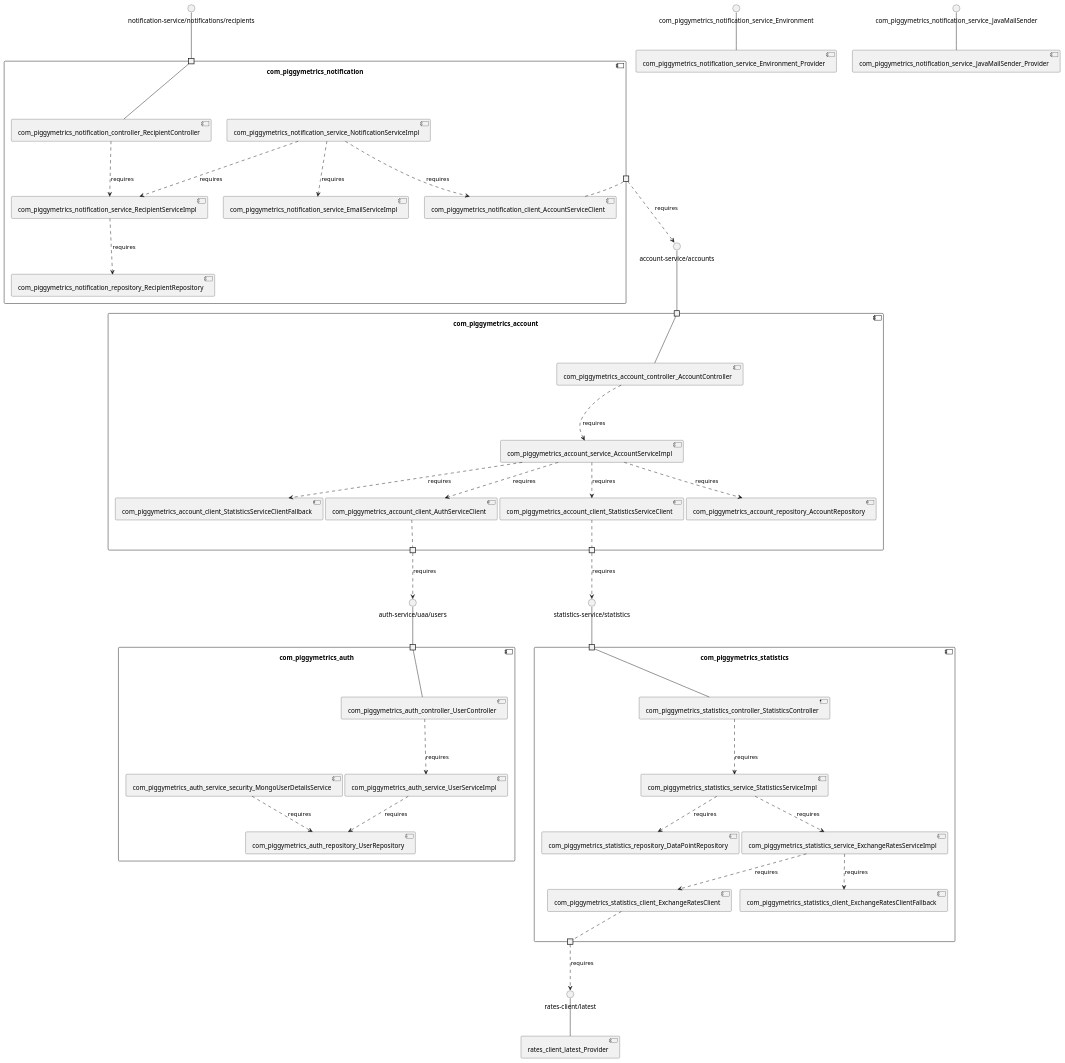
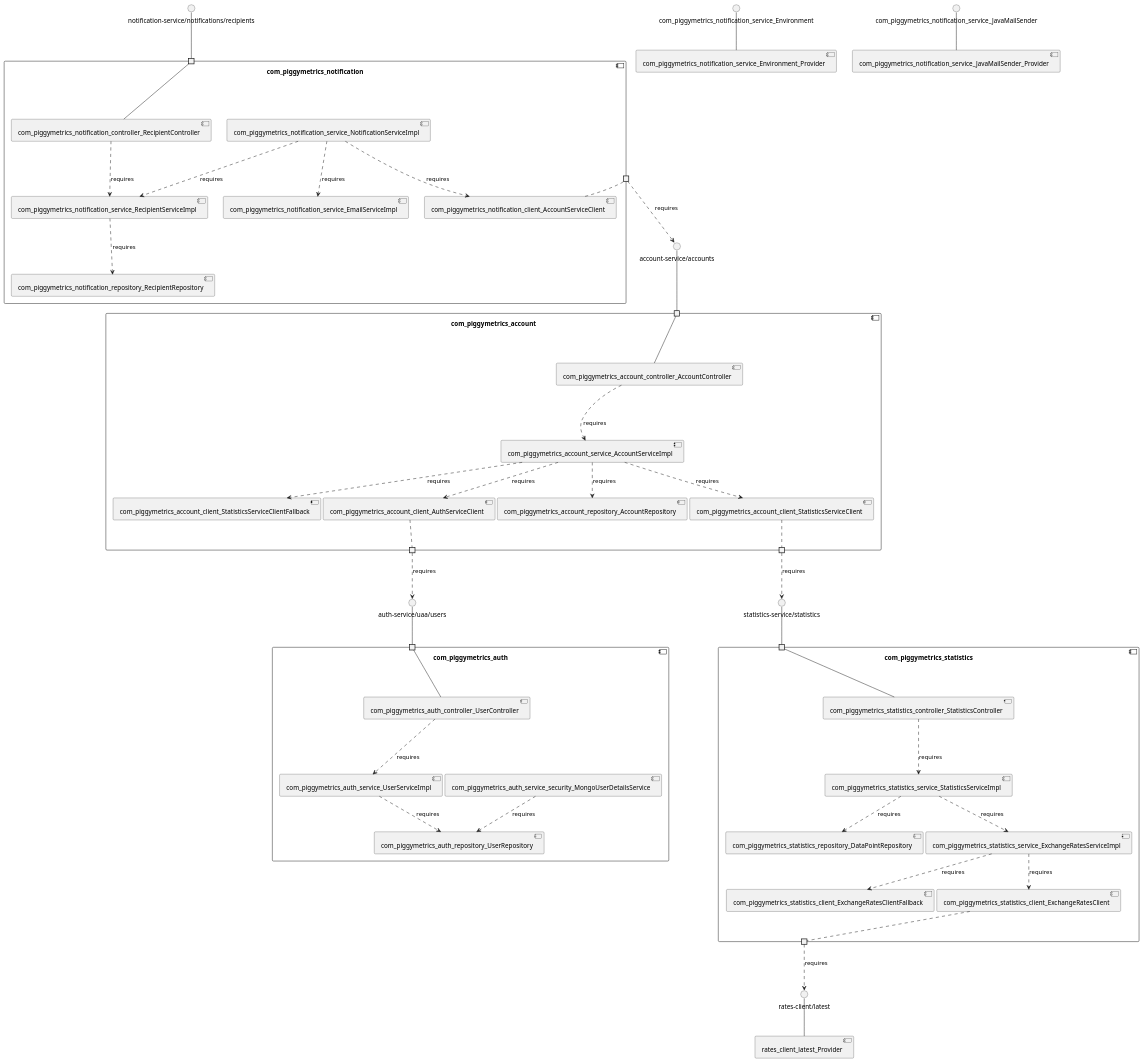
Before and after one commit to MSt-10/Palladio-ReverseEngineering-Benchmark: the diagram in sqshq-piggymetrics/model_re/uml/componentDiagram.puml, drawn with PlantUML. The commit also changed other lines of this file and 284 other files, not shown here.

```diff
--- a/sqshq-piggymetrics/model_re/uml/componentDiagram.puml
+++ b/sqshq-piggymetrics/model_re/uml/componentDiagram.puml
@@ -1,91 +1,91 @@
 @startuml
 skinparam fixCircleLabelOverlapping true
 skinparam componentStyle uml2
 component "com_piggymetrics_account\n\n\n\n\n\n" {
+[com_piggymetrics_account_client_StatisticsServiceClient]
 [com_piggymetrics_account_service_AccountServiceImpl]
 [com_piggymetrics_account_repository_AccountRepository]
+[com_piggymetrics_account_client_AuthServiceClient]
 [com_piggymetrics_account_client_StatisticsServiceClientFallback]
 [com_piggymetrics_account_controller_AccountController]
-[com_piggymetrics_account_client_StatisticsServiceClient]
-[com_piggymetrics_account_client_AuthServiceClient]
 portin " " as com_piggymetrics_account_requires_account_service_accounts
 portout " " as com_piggymetrics_account_provides_auth_service_uaa_users
 portout " " as com_piggymetrics_account_provides_statistics_service_statistics
+[com_piggymetrics_account_service_AccountServiceImpl]..>[com_piggymetrics_account_repository_AccountRepository] : requires
+[com_piggymetrics_account_controller_AccountController]..>[com_piggymetrics_account_service_AccountServiceImpl] : requires
 [com_piggymetrics_account_service_AccountServiceImpl]..>[com_piggymetrics_account_client_StatisticsServiceClientFallback] : requires
-[com_piggymetrics_account_controller_AccountController]..>[com_piggymetrics_account_service_AccountServiceImpl] : requires
 [com_piggymetrics_account_service_AccountServiceImpl]..>[com_piggymetrics_account_client_StatisticsServiceClient] : requires
-[com_piggymetrics_account_service_AccountServiceImpl]..>[com_piggymetrics_account_repository_AccountRepository] : requires
 [com_piggymetrics_account_service_AccountServiceImpl]..>[com_piggymetrics_account_client_AuthServiceClient] : requires
 "com_piggymetrics_account_requires_account_service_accounts"--[com_piggymetrics_account_controller_AccountController]
+[com_piggymetrics_account_client_StatisticsServiceClient].."com_piggymetrics_account_provides_statistics_service_statistics"
 [com_piggymetrics_account_client_AuthServiceClient].."com_piggymetrics_account_provides_auth_service_uaa_users"
-[com_piggymetrics_account_client_StatisticsServiceClient].."com_piggymetrics_account_provides_statistics_service_statistics"
 }
 interface "account-service/accounts" as interface.account_service_accounts
 interface.account_service_accounts--"com_piggymetrics_account_requires_account_service_accounts"
 interface "auth-service/uaa/users" as interface.auth_service_uaa_users
 "com_piggymetrics_account_provides_auth_service_uaa_users"..>interface.auth_service_uaa_users : requires
 interface "statistics-service/statistics" as interface.statistics_service_statistics
 "com_piggymetrics_account_provides_statistics_service_statistics"..>interface.statistics_service_statistics : requires
 component "com_piggymetrics_auth\n\n\n\n\n\n" {
+[com_piggymetrics_auth_service_UserServiceImpl]
+[com_piggymetrics_auth_controller_UserController]
 [com_piggymetrics_auth_repository_UserRepository]
-[com_piggymetrics_auth_service_UserServiceImpl]
 [com_piggymetrics_auth_service_security_MongoUserDetailsService]
-[com_piggymetrics_auth_controller_UserController]
 portin " " as com_piggymetrics_auth_requires_auth_service_uaa_users
+[com_piggymetrics_auth_service_security_MongoUserDetailsService]..>[com_piggymetrics_auth_repository_UserRepository] : requires
 [com_piggymetrics_auth_controller_UserController]..>[com_piggymetrics_auth_service_UserServiceImpl] : requires
-[com_piggymetrics_auth_service_security_MongoUserDetailsService]..>[com_piggymetrics_auth_repository_UserRepository] : requires
 [com_piggymetrics_auth_service_UserServiceImpl]..>[com_piggymetrics_auth_repository_UserRepository] : requires
 "com_piggymetrics_auth_requires_auth_service_uaa_users"--[com_piggymetrics_auth_controller_UserController]
 }
 interface "auth-service/uaa/users" as interface.auth_service_uaa_users
 interface.auth_service_uaa_users--"com_piggymetrics_auth_requires_auth_service_uaa_users"
 component "com_piggymetrics_notification\n\n\n\n\n\n" {
+[com_piggymetrics_notification_client_AccountServiceClient]
+[com_piggymetrics_notification_service_NotificationServiceImpl]
+[com_piggymetrics_notification_controller_RecipientController]
 [com_piggymetrics_notification_service_EmailServiceImpl]
+[com_piggymetrics_notification_repository_RecipientRepository]
 [com_piggymetrics_notification_service_RecipientServiceImpl]
-[com_piggymetrics_notification_client_AccountServiceClient]
-[com_piggymetrics_notification_controller_RecipientController]
-[com_piggymetrics_notification_repository_RecipientRepository]
-[com_piggymetrics_notification_service_NotificationServiceImpl]
 portin " " as com_piggymetrics_notification_requires_notification_service_notifications_recipients
 portout " " as com_piggymetrics_notification_provides_account_service_accounts
-[com_piggymetrics_notification_service_NotificationServiceImpl]..>[com_piggymetrics_notification_service_EmailServiceImpl] : requires
 [com_piggymetrics_notification_service_RecipientServiceImpl]..>[com_piggymetrics_notification_repository_RecipientRepository] : requires
 [com_piggymetrics_notification_controller_RecipientController]..>[com_piggymetrics_notification_service_RecipientServiceImpl] : requires
+[com_piggymetrics_notification_service_NotificationServiceImpl]..>[com_piggymetrics_notification_service_EmailServiceImpl] : requires
 [com_piggymetrics_notification_service_NotificationServiceImpl]..>[com_piggymetrics_notification_service_RecipientServiceImpl] : requires
 [com_piggymetrics_notification_service_NotificationServiceImpl]..>[com_piggymetrics_notification_client_AccountServiceClient] : requires
 "com_piggymetrics_notification_requires_notification_service_notifications_recipients"--[com_piggymetrics_notification_controller_RecipientController]
 [com_piggymetrics_notification_client_AccountServiceClient].."com_piggymetrics_notification_provides_account_service_accounts"
 }
 interface "notification-service/notifications/recipients" as interface.notification_service_notifications_recipients
 interface.notification_service_notifications_recipients--"com_piggymetrics_notification_requires_notification_service_notifications_recipients"
 interface "account-service/accounts" as interface.account_service_accounts
 "com_piggymetrics_notification_provides_account_service_accounts"..>interface.account_service_accounts : requires
 component "com_piggymetrics_statistics\n\n\n\n\n\n" {
+[com_piggymetrics_statistics_client_ExchangeRatesClient]
 [com_piggymetrics_statistics_service_ExchangeRatesServiceImpl]
 [com_piggymetrics_statistics_client_ExchangeRatesClientFallback]
 [com_piggymetrics_statistics_service_StatisticsServiceImpl]
 [com_piggymetrics_statistics_repository_DataPointRepository]
-[com_piggymetrics_statistics_client_ExchangeRatesClient]
 [com_piggymetrics_statistics_controller_StatisticsController]
 portin " " as com_piggymetrics_statistics_requires_statistics_service_statistics
 portout " " as com_piggymetrics_statistics_provides_rates_client_latest
+[com_piggymetrics_statistics_controller_StatisticsController]..>[com_piggymetrics_statistics_service_StatisticsServiceImpl] : requires
+[com_piggymetrics_statistics_service_StatisticsServiceImpl]..>[com_piggymetrics_statistics_repository_DataPointRepository] : requires
+[com_piggymetrics_statistics_service_ExchangeRatesServiceImpl]..>[com_piggymetrics_statistics_client_ExchangeRatesClientFallback] : requires
 [com_piggymetrics_statistics_service_StatisticsServiceImpl]..>[com_piggymetrics_statistics_service_ExchangeRatesServiceImpl] : requires
-[com_piggymetrics_statistics_service_StatisticsServiceImpl]..>[com_piggymetrics_statistics_repository_DataPointRepository] : requires
 [com_piggymetrics_statistics_service_ExchangeRatesServiceImpl]..>[com_piggymetrics_statistics_client_ExchangeRatesClient] : requires
-[com_piggymetrics_statistics_controller_StatisticsController]..>[com_piggymetrics_statistics_service_StatisticsServiceImpl] : requires
-[com_piggymetrics_statistics_service_ExchangeRatesServiceImpl]..>[com_piggymetrics_statistics_client_ExchangeRatesClientFallback] : requires
 "com_piggymetrics_statistics_requires_statistics_service_statistics"--[com_piggymetrics_statistics_controller_StatisticsController]
 [com_piggymetrics_statistics_client_ExchangeRatesClient].."com_piggymetrics_statistics_provides_rates_client_latest"
 }
 interface "statistics-service/statistics" as interface.statistics_service_statistics
 interface.statistics_service_statistics--"com_piggymetrics_statistics_requires_statistics_service_statistics"
 interface "rates-client/latest" as interface.rates_client_latest
 "com_piggymetrics_statistics_provides_rates_client_latest"..>interface.rates_client_latest : requires
 interface "com_piggymetrics_notification_service_Environment" as interface.com_piggymetrics_notification_service_Environment
 interface.com_piggymetrics_notification_service_Environment--[com_piggymetrics_notification_service_Environment_Provider]
 interface "com_piggymetrics_notification_service_JavaMailSender" as interface.com_piggymetrics_notification_service_JavaMailSender
 interface.com_piggymetrics_notification_service_JavaMailSender--[com_piggymetrics_notification_service_JavaMailSender_Provider]
 interface "rates-client/latest" as interface.rates_client_latest
 interface.rates_client_latest--[rates_client_latest_Provider]
 
 @enduml
```
